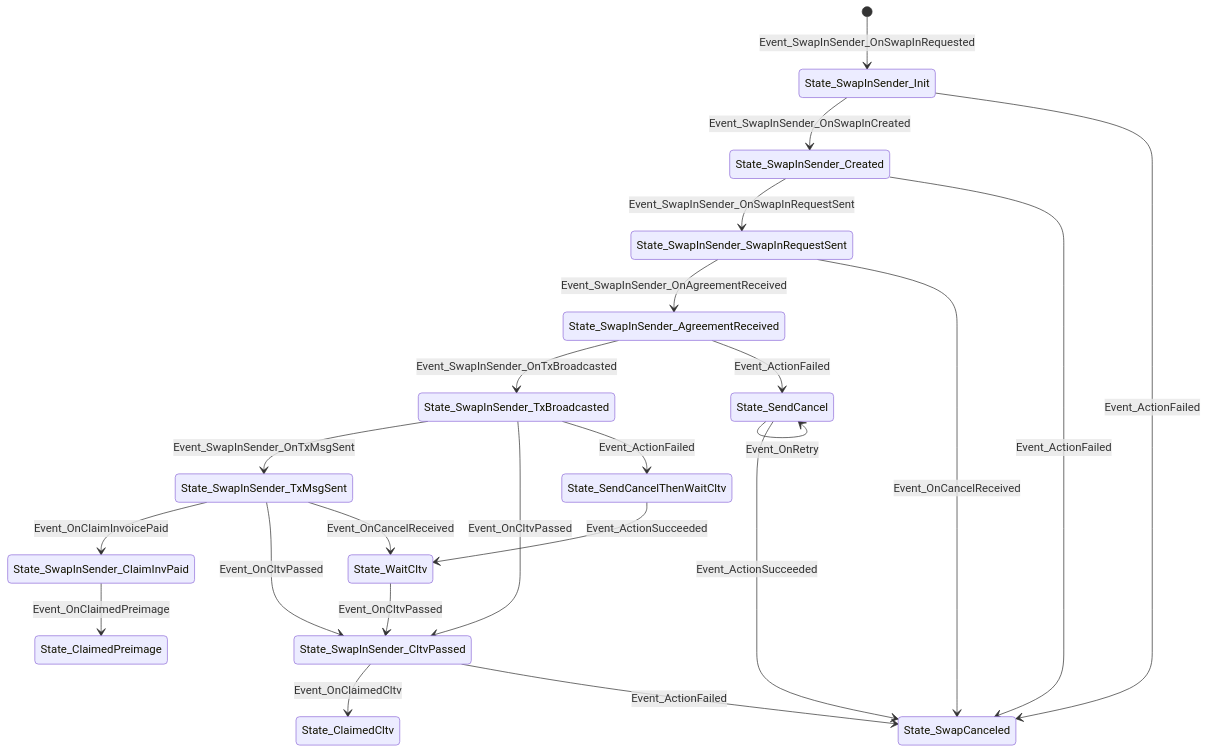
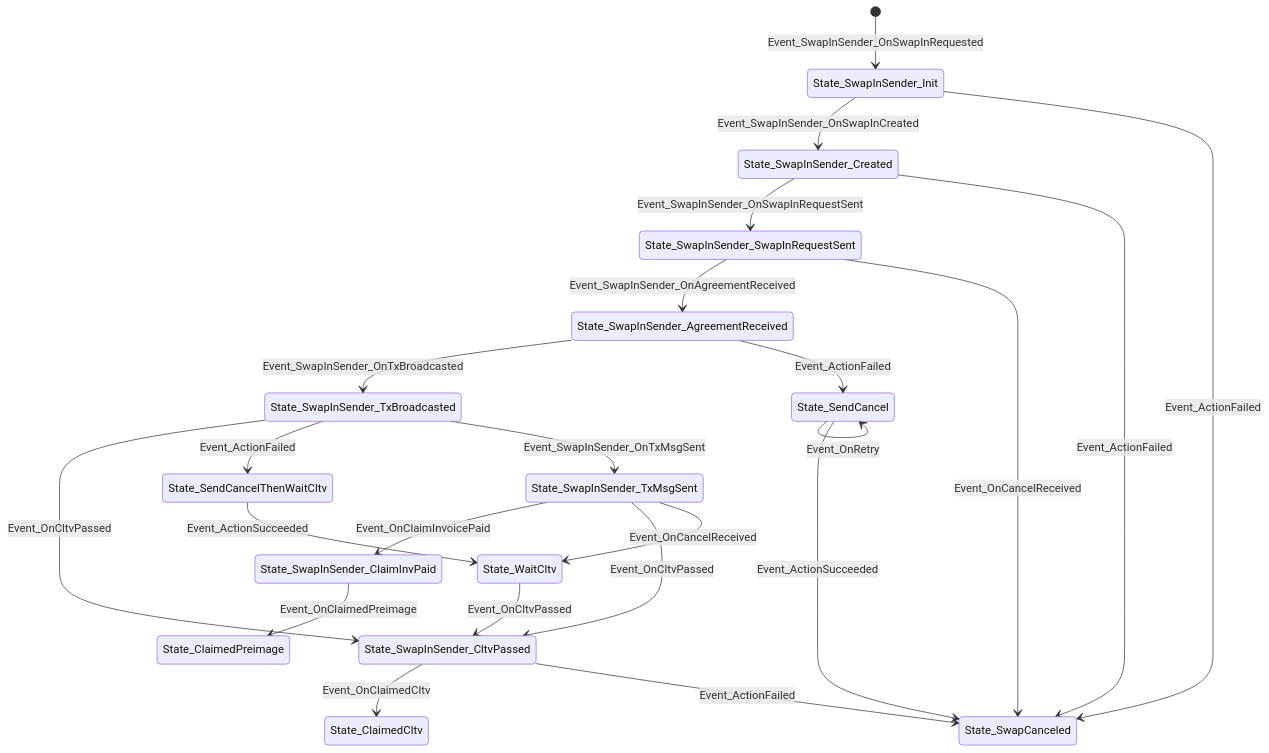
The diagram in docs/states_swapin_sender.md (ElementsProject/peerswap), drawn with Mermaid before and after one commit. The commit also changed other lines of this file and 8 other files, not shown here.

````diff
--- a/docs/states_swapin_sender.md
+++ b/docs/states_swapin_sender.md
@@ -1,39 +1,39 @@
 ```mermaid
 stateDiagram-v2
-State_SwapInSender_TxBroadcasted
-State_SwapInSender_TxBroadcasted --> State_SwapInSender_TxMsgSent: Event_SwapInSender_OnTxMsgSent
-State_SwapInSender_TxBroadcasted --> State_SwapInSender_CltvPassed: Event_OnCltvPassed
-State_SwapInSender_TxBroadcasted --> State_SendCancelThenWaitCltv: Event_ActionFailed
-State_SwapInSender_CltvPassed
-State_SwapInSender_CltvPassed --> State_ClaimedCltv: Event_OnClaimedCltv
-State_SwapInSender_CltvPassed --> State_SwapCanceled: Event_ActionFailed
 State_SendCancelThenWaitCltv
 State_SendCancelThenWaitCltv --> State_WaitCltv: Event_ActionSucceeded
+State_SwapCanceled
 State_ClaimedPreimage
-State_ClaimedCltv
 [*] --> State_SwapInSender_Init: Event_SwapInSender_OnSwapInRequested
-State_SwapInSender_Init
-State_SwapInSender_Init --> State_SwapInSender_Created: Event_SwapInSender_OnSwapInCreated
-State_SwapInSender_Init --> State_SwapCanceled: Event_ActionFailed
+State_SwapInSender_Created
+State_SwapInSender_Created --> State_SwapInSender_SwapInRequestSent: Event_SwapInSender_OnSwapInRequestSent
+State_SwapInSender_Created --> State_SwapCanceled: Event_ActionFailed
+State_SwapInSender_AgreementReceived
+State_SwapInSender_AgreementReceived --> State_SwapInSender_TxBroadcasted: Event_SwapInSender_OnTxBroadcasted
+State_SwapInSender_AgreementReceived --> State_SendCancel: Event_ActionFailed
 State_SwapInSender_TxMsgSent
 State_SwapInSender_TxMsgSent --> State_SwapInSender_ClaimInvPaid: Event_OnClaimInvoicePaid
 State_SwapInSender_TxMsgSent --> State_SwapInSender_CltvPassed: Event_OnCltvPassed
 State_SwapInSender_TxMsgSent --> State_WaitCltv: Event_OnCancelReceived
+State_ClaimedCltv
+State_SwapInSender_Init
+State_SwapInSender_Init --> State_SwapInSender_Created: Event_SwapInSender_OnSwapInCreated
+State_SwapInSender_Init --> State_SwapCanceled: Event_ActionFailed
+State_SwapInSender_CltvPassed
+State_SwapInSender_CltvPassed --> State_ClaimedCltv: Event_OnClaimedCltv
+State_SwapInSender_CltvPassed --> State_SwapCanceled: Event_ActionFailed
 State_SendCancel
 State_SendCancel --> State_SwapCanceled: Event_ActionSucceeded
 State_SendCancel --> State_SendCancel: Event_OnRetry
-State_SwapInSender_ClaimInvPaid
-State_SwapInSender_ClaimInvPaid --> State_ClaimedPreimage: Event_OnClaimedPreimage
-State_SwapCanceled
 State_SwapInSender_SwapInRequestSent
 State_SwapInSender_SwapInRequestSent --> State_SwapInSender_AgreementReceived: Event_SwapInSender_OnAgreementReceived
 State_SwapInSender_SwapInRequestSent --> State_SwapCanceled: Event_OnCancelReceived
-State_SwapInSender_AgreementReceived
-State_SwapInSender_AgreementReceived --> State_SwapInSender_TxBroadcasted: Event_SwapInSender_OnTxBroadcasted
-State_SwapInSender_AgreementReceived --> State_SendCancel: Event_ActionFailed
-State_SwapInSender_Created
-State_SwapInSender_Created --> State_SwapInSender_SwapInRequestSent: Event_SwapInSender_OnSwapInRequestSent
-State_SwapInSender_Created --> State_SwapCanceled: Event_ActionFailed
+State_SwapInSender_TxBroadcasted
+State_SwapInSender_TxBroadcasted --> State_SwapInSender_CltvPassed: Event_OnCltvPassed
+State_SwapInSender_TxBroadcasted --> State_SendCancelThenWaitCltv: Event_ActionFailed
+State_SwapInSender_TxBroadcasted --> State_SwapInSender_TxMsgSent: Event_SwapInSender_OnTxMsgSent
+State_SwapInSender_ClaimInvPaid
+State_SwapInSender_ClaimInvPaid --> State_ClaimedPreimage: Event_OnClaimedPreimage
 State_WaitCltv
 State_WaitCltv --> State_SwapInSender_CltvPassed: Event_OnCltvPassed
 ```
````
